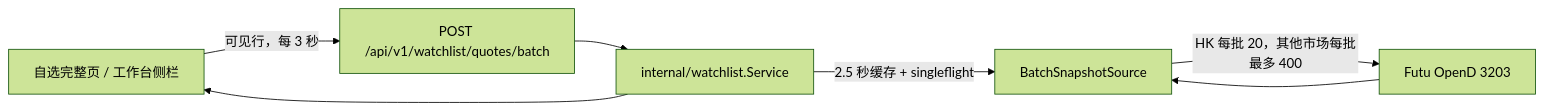
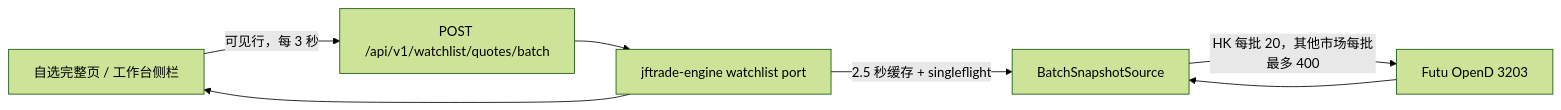
Before and after one commit to Dennishaha/JFTrade: the first of 2 diagrams in docs/watchlist.md, drawn with Mermaid (forest theme). The commit also changed other lines of this file and 48 other files, not shown here.

````diff
--- a/docs/watchlist.md
+++ b/docs/watchlist.md
@@ -83,9 +83,9 @@
 ```mermaid
 flowchart LR
     UI[自选完整页 / 工作台侧栏] -->|可见行，每 3 秒| API[POST /api/v1/watchlist/quotes/batch]
-    API --> Service[internal/watchlist.Service]
+    API --> Service[jftrade-engine watchlist port]
     Service -->|2.5 秒缓存 + singleflight| Source[BatchSnapshotSource]
     Source -->|HK 每批 20，其他市场每批最多 400| Snapshot[Futu OpenD 3203]
     Snapshot --> Source
     Service --> UI
 ```
````
